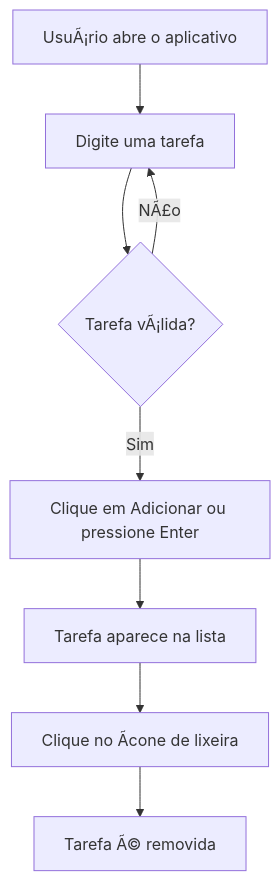
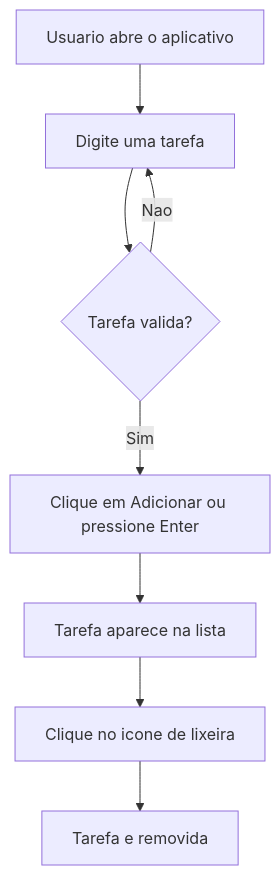
Before and after one commit to jp-devl/lista_tarefa-master: the diagram in README.md, drawn with Mermaid. The commit also changed other lines of this file, not shown here.

````diff
--- a/README.md
+++ b/README.md
@@ -38,10 +38,10 @@
 ```mermaid
 flowchart TD
-		A[UsuÃ¡rio abre o aplicativo] --> B[Digite uma tarefa]
-		B --> C{Tarefa vÃ¡lida?}
-		C -- NÃ£o --> B
+		A[Usuario abre o aplicativo] --> B[Digite uma tarefa]
+		B --> C{Tarefa valida?}
+		C -- Nao --> B
 		C -- Sim --> D[Clique em Adicionar ou pressione Enter]
 		D --> E[Tarefa aparece na lista]
-		E --> F[Clique no Ã­cone de lixeira]
-		F --> G[Tarefa Ã© removida]
+		E --> F[Clique no icone de lixeira]
+		F --> G[Tarefa e removida]
 ```
````
